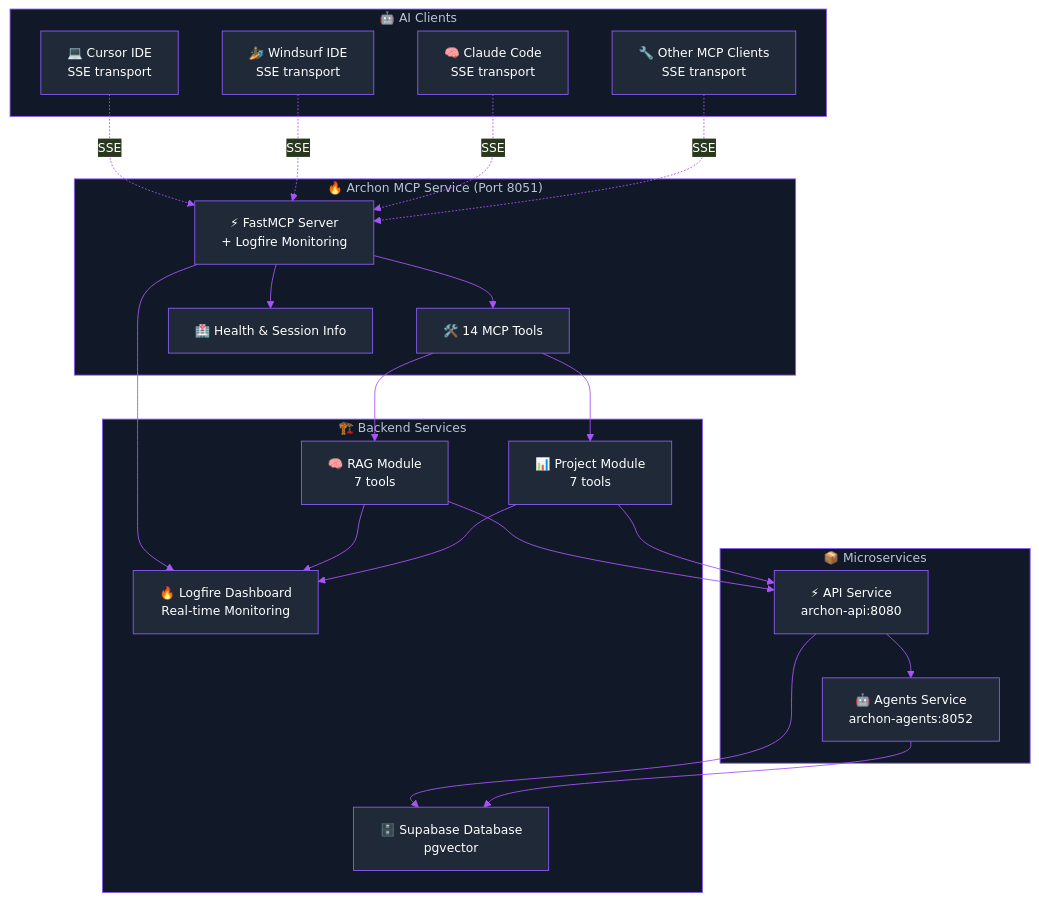
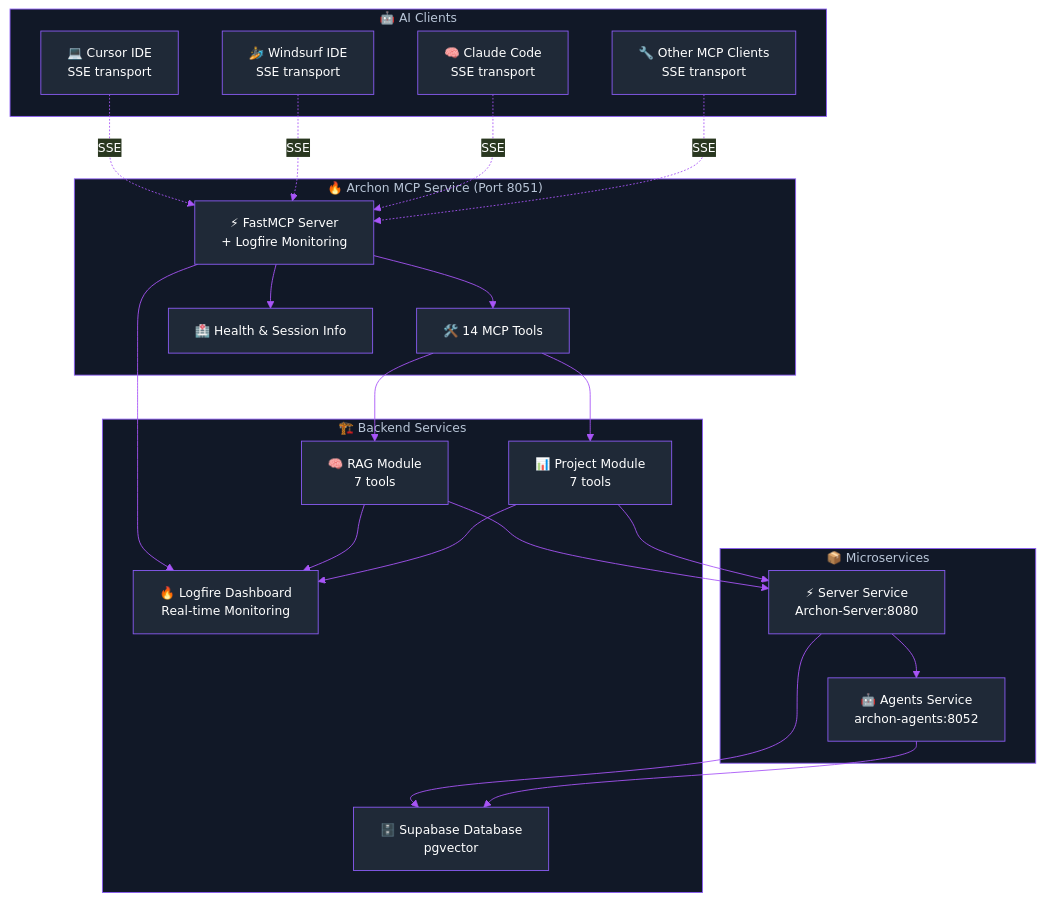
Before and after one commit to tarsonis125/mcp-crawl4ai-rag-ChromaDB-V1: the first of 3 diagrams in docs/docs/mcp-server.mdx, drawn with Mermaid. The commit also changed other lines of this file and 72 other files, not shown here.

First line of the commit message:
feat(docker): add documentation service and refactor server architecture

````diff
--- a/docs/docs/mcp-server.mdx
+++ b/docs/docs/mcp-server.mdx
@@ -18,66 +18,66 @@
 ```mermaid
 %%{init:{
   'theme':'base',
   'themeVariables': {
     'primaryColor':'#1f2937',
     'primaryTextColor':'#ffffff',
     'primaryBorderColor':'#8b5cf6',
     'lineColor':'#a855f7',
     'textColor':'#ffffff',
     'fontFamily':'Inter',
     'fontSize':'14px',
     'background':'#000000',
     'mainBkg':'#1f2937',
     'secondBkg':'#111827',
     'borderColor':'#8b5cf6',
     'clusterBkg':'#111827',
     'clusterBorder':'#8b5cf6'
   }
 }}%%
 graph TB
     subgraph "🤖 AI Clients"
         Cursor["💻 Cursor IDE<br/>SSE transport"]
         Windsurf["🏄 Windsurf IDE<br/>SSE transport"]
         Claude["🧠 Claude Code<br/>SSE transport"]
         Other["🔧 Other MCP Clients<br/>SSE transport"]
     end
     
     subgraph "🔥 Archon MCP Service (Port 8051)"
         MCPCore["⚡ FastMCP Server<br/>+ Logfire Monitoring"]
         Tools["🛠️ 14 MCP Tools"]
         Health["🏥 Health & Session Info"]
     end
     
     subgraph "📦 Microservices"
-        API["⚡ API Service<br/>archon-api:8080"]
+        API["⚡ Server Service<br/>Archon-Server:8080"]
         Agents["🤖 Agents Service<br/>archon-agents:8052"]
     end
     
     subgraph "🏗️ Backend Services"
         RAGModule["🧠 RAG Module<br/>7 tools"]
         ProjectModule["📊 Project Module<br/>7 tools"]
         Supabase["🗄️ Supabase Database<br/>pgvector"]
         Logfire["🔥 Logfire Dashboard<br/>Real-time Monitoring"]
     end
     
     Cursor -.->|SSE| MCPCore
     Windsurf -.->|SSE| MCPCore
     Claude -.->|SSE| MCPCore
     Other -.->|SSE| MCPCore
     
     MCPCore --> Tools
     MCPCore --> Health
     
     Tools --> RAGModule
     Tools --> ProjectModule
     
     RAGModule --> API
     ProjectModule --> API
     API --> Agents
     
     API --> Supabase
     Agents --> Supabase
     MCPCore --> Logfire
     RAGModule --> Logfire
     ProjectModule --> Logfire
 ```
````
